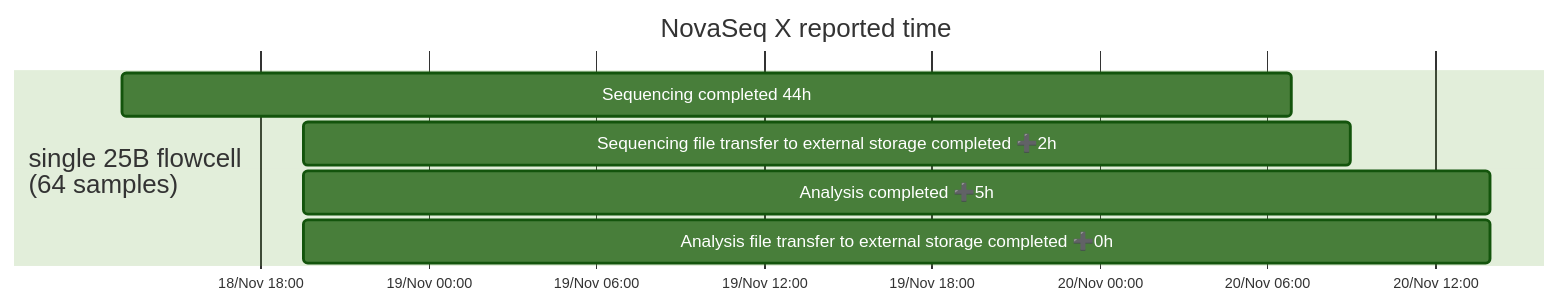
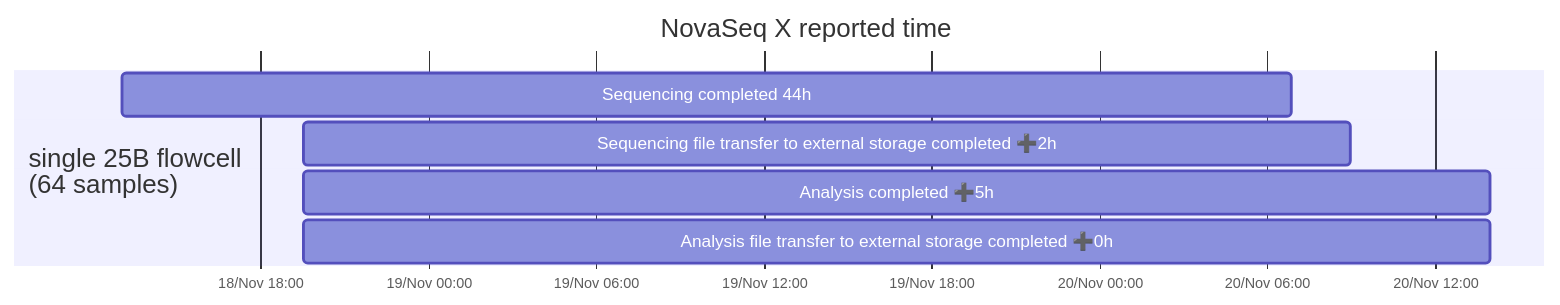
One commit to xuyangy/website changed the first of 20 diagrams in projects/wgs_upscale/wgs_upscaling_bioinf_pipeline.qmd. Above: the diagram before and after it, drawn with Mermaid. The commit also changed other lines of this file, not shown here.

````diff
--- a/projects/wgs_upscale/wgs_upscaling_bioinf_pipeline.qmd
+++ b/projects/wgs_upscale/wgs_upscaling_bioinf_pipeline.qmd
@@ -95,24 +95,24 @@
 ```{mermaid}
 %%| label: fig-single-25B-flowcell-2nd-analysis-bcl-convert-only
 %%| fig-cap: Single 25B flowcell 2nd Analysis BCL Convert only NovaSeq X reported time
 gantt
 %%{ 
   init: { 
-    'theme': 'forest' ,
+    'theme': 'default',
     'gantt': {
       'barHeight': 30,
       'fontSize': 12,
       'sectionFontSize': 18
     }
   } 
 }%%
 dateFormat YYYY-MM-DD HH:mm:ss
 axisFormat %d/%b %H:%M
 title NovaSeq X reported time
 section single 25B flowcell<br/>(64 samples)
 Sequencing completed 44h : 2024-11-18 13:02:04, 2024-11-20 06:51:37
 Sequencing file transfer to external storage completed ➕2h: 2024-11-18 19:32:40, 2024-11-20 08:57:45
 Analysis completed ➕5h: 2024-11-18 19:32:44, 2024-11-20 13:58:15
 Analysis file transfer to external storage completed ➕0h: 2024-11-18 19:32:45, 2024-11-20 13:58:15
 
 ```
````
